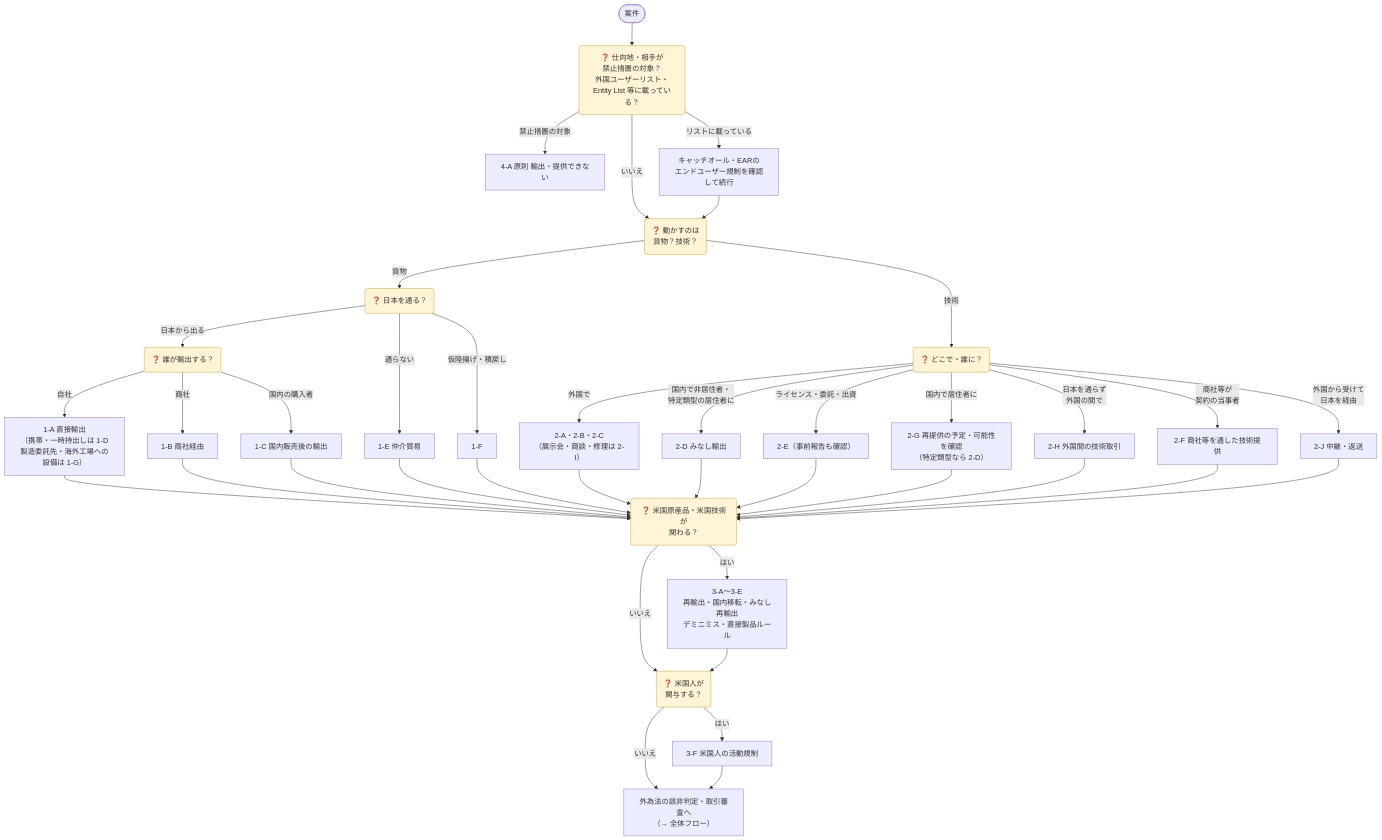
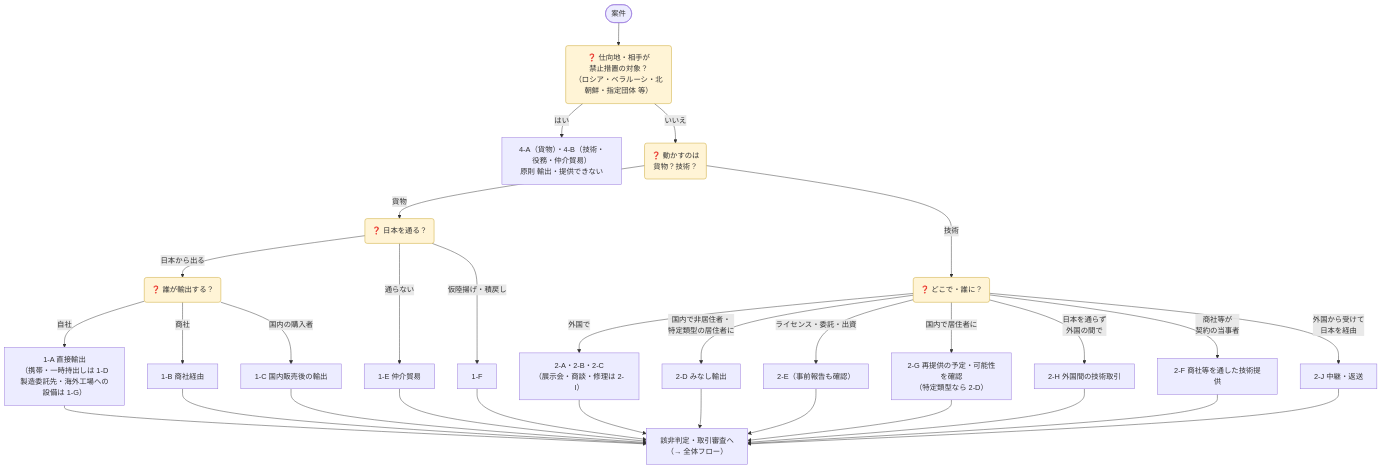
One commit to bamboo-go/export-control-hub changed the second of 3 diagrams in content/ja/docs/01-overview/export-patterns/index.md. Above: the diagram before and after it, drawn with Mermaid. The commit also changed other lines of this file, not shown here.

Commit message:
Add sanctions on technology and services as a case type and split the decision flow into FEFTA and EAR

````diff
--- a/content/ja/docs/01-overview/export-patterns/index.md
+++ b/content/ja/docs/01-overview/export-patterns/index.md
@@ -96,32 +101,24 @@
 ```mermaid
 flowchart TD
-  S(["案件"]) --> P("❓ 仕向地・相手が<br/>禁止措置の対象？<br/>外国ユーザーリスト・Entity List 等に載っている？")
-  P -- 禁止措置の対象 --> X["4-A 原則 輸出・提供できない"]
-  P -- リストに載っている --> K["キャッチオール・EARの<br/>エンドユーザー規制を確認して続行"]
-  P -- いいえ --> O
-  K --> O("❓ 動かすのは<br/>貨物？技術？")
+  S(["案件"]) --> P("❓ 仕向地・相手が<br/>禁止措置の対象？<br/>（ロシア・ベラルーシ・北朝鮮・指定団体 等）")
+  P -- はい --> X["4-A（貨物）・4-B（技術・役務・仲介貿易）<br/>原則 輸出・提供できない"]
+  P -- いいえ --> O("❓ 動かすのは<br/>貨物？技術？")
   O -- 貨物 --> W("❓ 日本を通る？")
   W -- 通らない --> E1["1-E 仲介貿易"]
   W -- 仮陸揚げ・積戻し --> F1["1-F"]
   W -- 日本から出る --> H("❓ 誰が輸出する？")
   H -- 自社 --> A1["1-A 直接輸出<br/>（携帯・一時持出しは 1-D<br/>製造委託先・海外工場への設備は 1-G）"]
   H -- 商社 --> B1["1-B 商社経由"]
   H -- 国内の購入者 --> C1["1-C 国内販売後の輸出"]
   O -- 技術 --> T("❓ どこで・誰に？")
   T -- 外国で --> T1["2-A・2-B・2-C<br/>（展示会・商談・修理は 2-I）"]
   T -- 国内で非居住者・<br/>特定類型の居住者に --> T2["2-D みなし輸出"]
   T -- ライセンス・委託・出資 --> T3["2-E（事前報告も確認）"]
   T -- 国内で居住者に --> T4["2-G 再提供の予定・可能性を確認<br/>（特定類型なら 2-D）"]
   T -- 商社等が<br/>契約の当事者 --> T6["2-F 商社等を通した技術提供"]
   T -- 日本を通らず<br/>外国の間で --> T5["2-H 外国間の技術取引"]
   T -- 外国から受けて<br/>日本を経由 --> T7["2-J 中継・返送"]
-  A1 & B1 & C1 & E1 & F1 & T1 & T2 & T3 & T4 & T5 & T6 & T7 --> U("❓ 米国原産品・米国技術が<br/>関わる？")
-  U -- はい --> U1["3-A〜3-E<br/>再輸出・国内移転・みなし再輸出<br/>デミニミス・直接製品ルール"]
-  U -- いいえ --> M("❓ 米国人が<br/>関与する？")
-  U1 --> M
-  M -- はい --> F3["3-F 米国人の活動規制"]
-  M -- いいえ --> Z["外為法の該非判定・取引審査へ<br/>（→ 全体フロー）"]
-  F3 --> Z
+  A1 & B1 & C1 & E1 & F1 & T1 & T2 & T3 & T4 & T5 & T6 & T7 --> Z["該非判定・取引審査へ<br/>（→ 全体フロー）"]
   classDef q fill:#fff4d6,stroke:#c9a227,color:#333;
-  class P,O,W,H,T,U,M q;
+  class P,O,W,H,T q;
 ```
````
